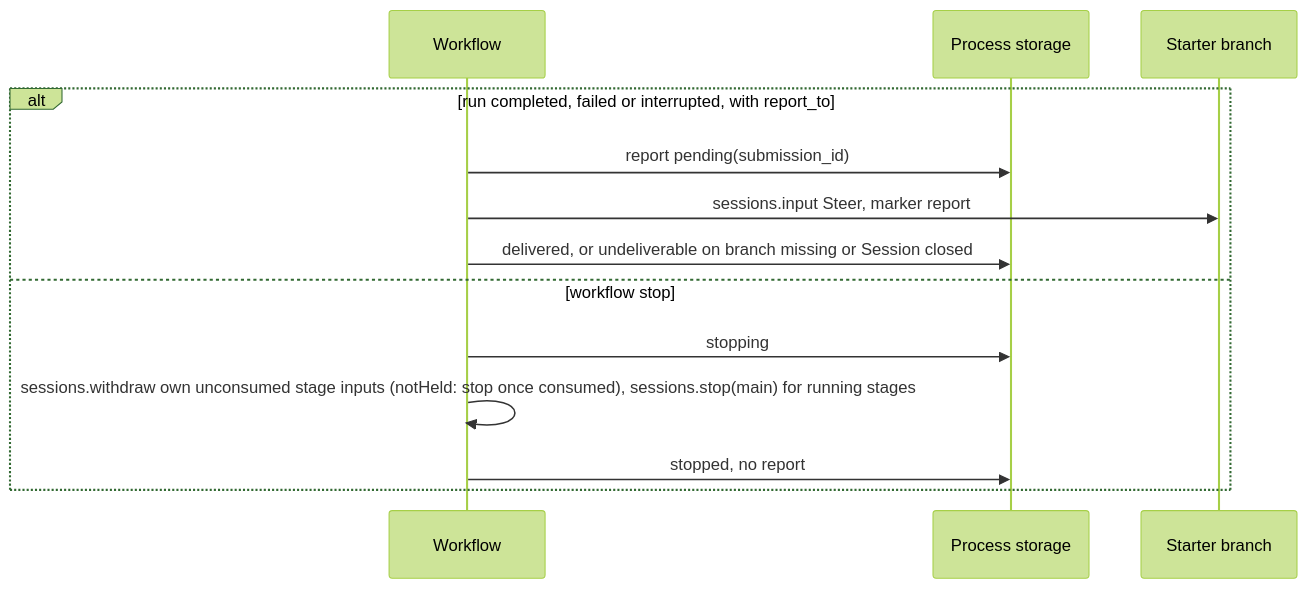
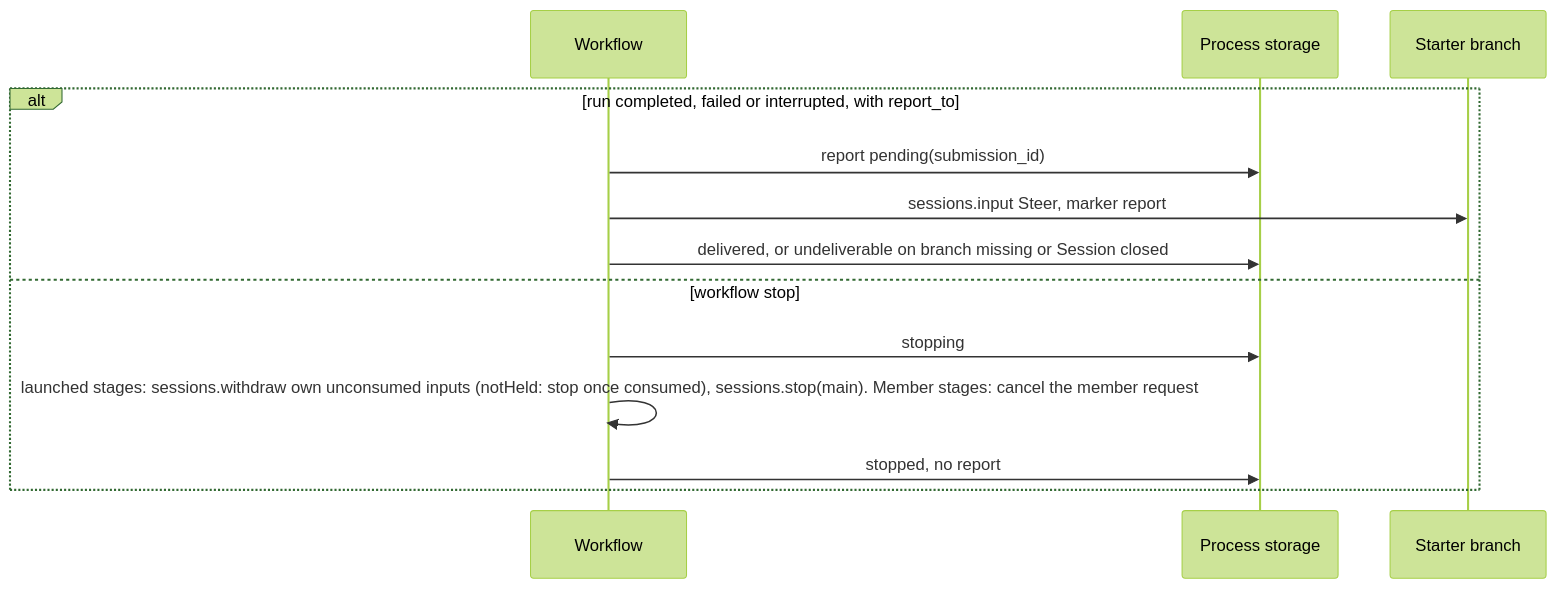
One commit to CoutinhoTTS/dim-agent changed the fourth of 6 diagrams in docs/design/plugins/Workflow.md. Above: the diagram before and after it, drawn with Mermaid (forest theme). The commit also changed other lines of this file and 42 other files, not shown here.

````diff
--- a/docs/design/plugins/Workflow.md
+++ b/docs/design/plugins/Workflow.md
@@ -121,15 +121,15 @@
 ```mermaid
 sequenceDiagram
   participant WF as Workflow
   participant ST as Process storage
   participant STB as Starter branch
   alt run completed, failed or interrupted, with report_to
     WF->>ST: report pending(submission_id)
     WF->>STB: sessions.input Steer, marker report
     WF->>ST: delivered, or undeliverable on branch missing or Session closed
   else workflow stop
     WF->>ST: stopping
-    WF->>WF: sessions.withdraw own unconsumed stage inputs (notHeld: stop once consumed), sessions.stop(main) for running stages
+    WF->>WF: launched stages: sessions.withdraw own unconsumed inputs (notHeld: stop once consumed), sessions.stop(main). Member stages: cancel the member request
     WF->>ST: stopped, no report
   end
 ```
````
